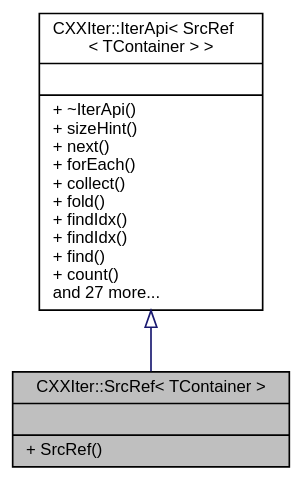
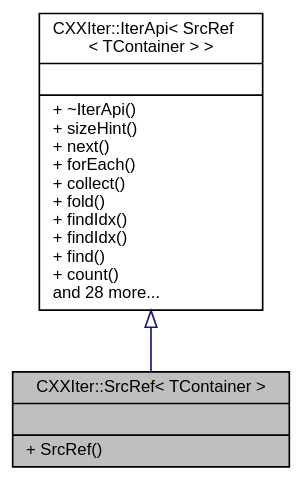
The diagram in classCXXIter_1_1SrcRef__inherit__graph.dot (seijikun/CXXIter), drawn with Graphviz before and after one commit. The commit also changed 50 other files, not shown here.

```diff
--- a/classCXXIter_1_1SrcRef__inherit__graph.dot
+++ b/classCXXIter_1_1SrcRef__inherit__graph.dot
@@ -1,11 +1,11 @@
 digraph "CXXIter::SrcRef&lt; TContainer &gt;"
 {
  // INTERACTIVE_SVG=YES
  // LATEX_PDF_SIZE
   bgcolor="transparent";
   edge [fontname="Helvetica",fontsize="10",labelfontname="Helvetica",labelfontsize="10"];
   node [fontname="Helvetica",fontsize="10",shape=record];
   Node1 [label="{CXXIter::SrcRef\< TContainer \>\n||+ SrcRef()\l}",height=0.2,width=0.4,color="black", fillcolor="grey75", style="filled", fontcolor="black",tooltip="CXXIter iterator source that mutably borrows the input item source, and passes mutable references to ..."];
   Node2 -> Node1 [dir="back",color="midnightblue",fontsize="10",style="solid",arrowtail="onormal",fontname="Helvetica"];
-  Node2 [label="{CXXIter::IterApi\< SrcRef\l\< TContainer \> \>\n||+ ~IterApi()\l+ sizeHint()\l+ next()\l+ forEach()\l+ collect()\l+ fold()\l+ findIdx()\l+ findIdx()\l+ find()\l+ count()\land 27 more...\l}",height=0.2,width=0.4,color="black",URL="$classCXXIter_1_1IterApi.html",tooltip=" "];
+  Node2 [label="{CXXIter::IterApi\< SrcRef\l\< TContainer \> \>\n||+ ~IterApi()\l+ sizeHint()\l+ next()\l+ forEach()\l+ collect()\l+ fold()\l+ findIdx()\l+ findIdx()\l+ find()\l+ count()\land 28 more...\l}",height=0.2,width=0.4,color="black",URL="$classCXXIter_1_1IterApi.html",tooltip=" "];
 }
```
